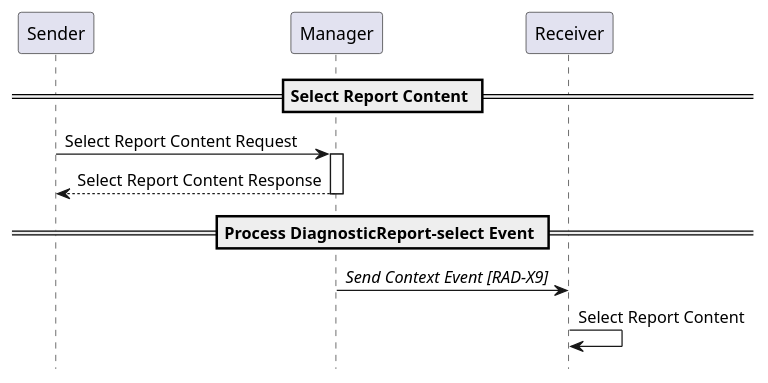
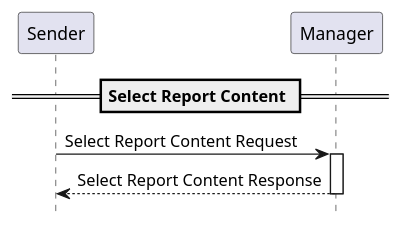
One commit to IHE/RAD.IRA changed the diagram in input/images-source/rad-x6-seq.plantuml. Above: the diagram before and after it, drawn with PlantUML. The commit also changed 3 other files, not shown here.

```diff
--- a/input/images-source/rad-x6-seq.plantuml
+++ b/input/images-source/rad-x6-seq.plantuml
@@ -1,20 +1,15 @@
 @startuml
 
 hide footbox
 
 participant "Sender" as Sender
 participant "Manager" as Manager
-participant "Receiver" as Receiver
 
 == Select Report Content ==
 
 Sender->Manager: Select Report Content Request
 activate Manager
 Manager-->Sender: Select Report Content Response
 deactivate Manager
 
-== Process DiagnosticReport-select Event ==
-Manager->Receiver: //Send Context Event [RAD-X9]//
-Receiver->Receiver: Select Report Content
-
 @enduml
```
